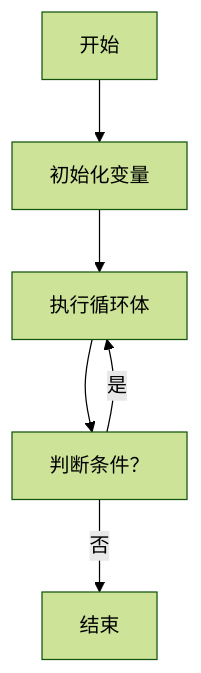
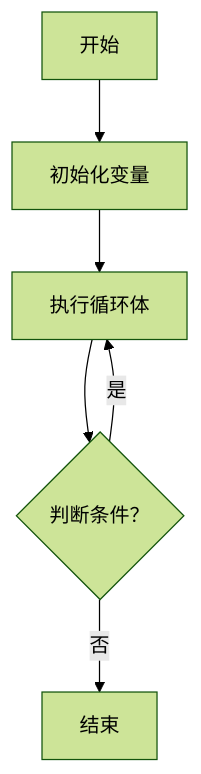
One commit to lihongzheshuai/lihongzheshuai.github.io changed the fourth of 7 diagrams in _posts/2024-12-14-gesp-2-exam-syllabus-flow-chart.md. Above: the diagram before and after it, drawn with Mermaid (forest theme). The commit also changed other lines of this file and 1 other file, not shown here.

````diff
--- a/_posts/2024-12-14-gesp-2-exam-syllabus-flow-chart.md
+++ b/_posts/2024-12-14-gesp-2-exam-syllabus-flow-chart.md
@@ -116,8 +116,8 @@
 ```mermaid
 graph TD
     A[开始] --> B[初始化变量]
     B --> C[执行循环体]
-    C --> D[判断条件？]
+    C --> D{判断条件？}
     D -- 是 --> C
     D -- 否 --> E[结束]
 ```
````
